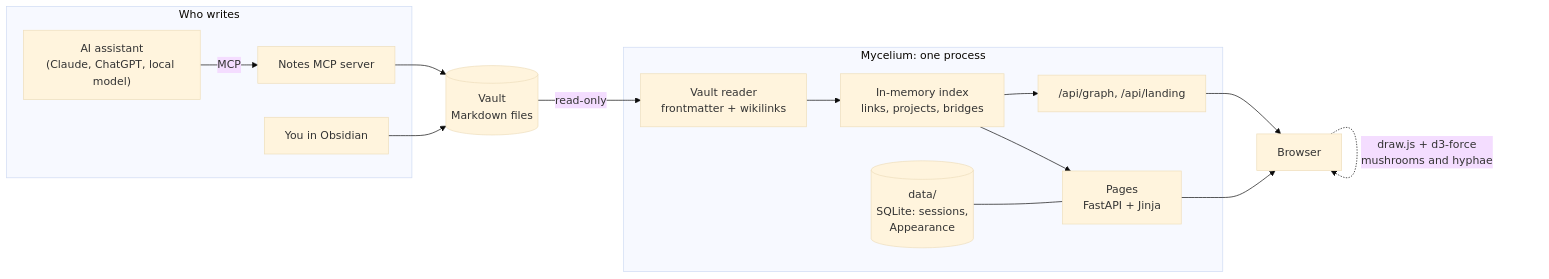
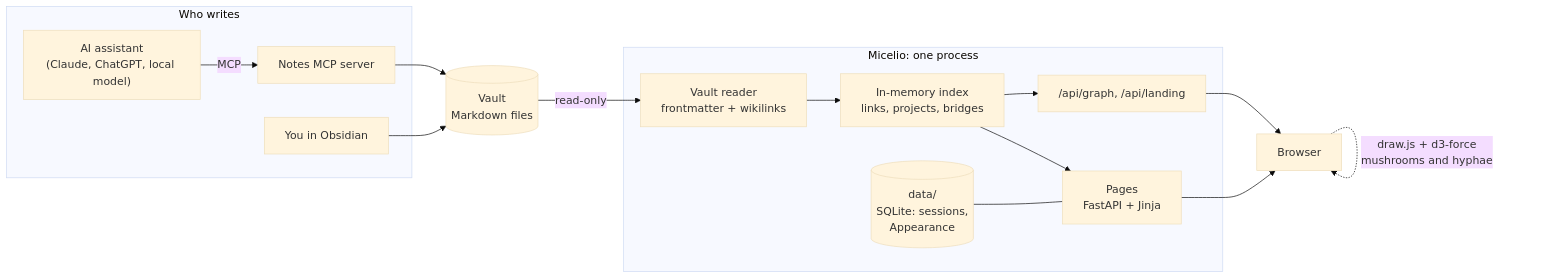
One commit to 0xpietri/micelio changed the diagram in README.md. Above: the diagram before and after it, drawn with Mermaid (base theme). The commit also changed other lines of this file and 148 other files, not shown here.

````diff
--- a/README.md
+++ b/README.md
@@ -68,19 +71,19 @@
 ```mermaid
 flowchart LR
     subgraph writers [Who writes]
         A["AI assistant<br/>(Claude, ChatGPT, local model)"] -->|MCP| M[Notes MCP server]
         O[You in Obsidian]
     end
     M --> V[("Vault<br/>Markdown files")]
     O --> V
     V -->|read-only| R
-    subgraph mycelium [Mycelium: one process]
+    subgraph app [Micelio: one process]
         R[Vault reader<br/>frontmatter + wikilinks] --> I[In-memory index<br/>links, projects, bridges]
         I --> P[Pages<br/>FastAPI + Jinja]
         I --> J["/api/graph, /api/landing"]
         S[("data/<br/>SQLite: sessions,<br/>Appearance")] --- P
     end
     P --> B[Browser]
     J --> B
     B -.->|"draw.js + d3-force<br/>mushrooms and hyphae"| B
 ```
````
